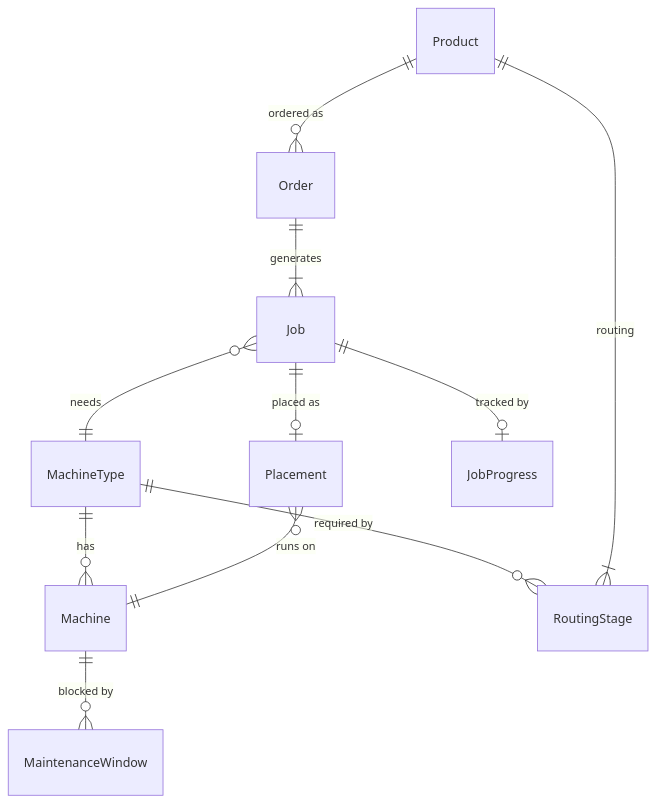
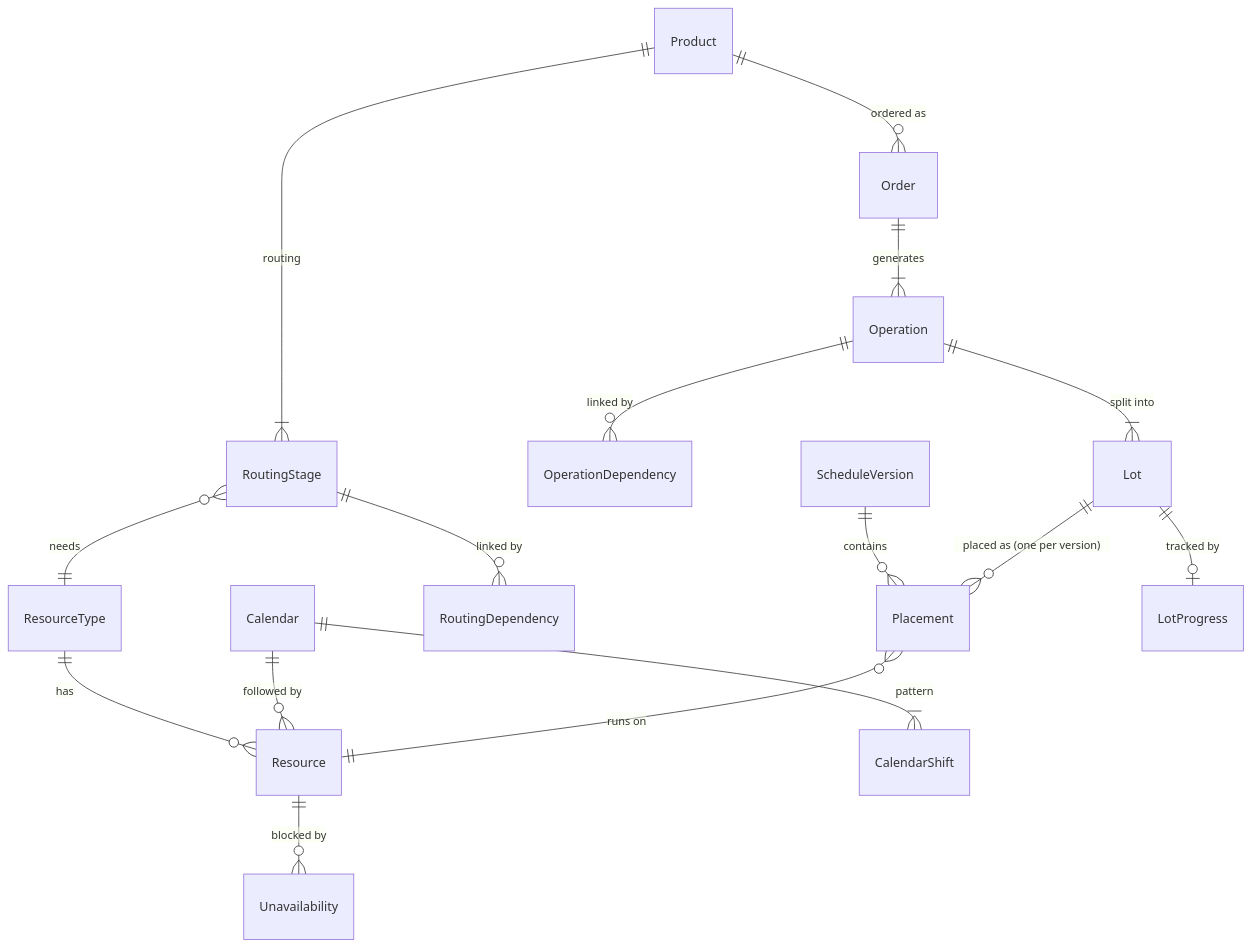
The diagram in documentation/domain-model.md (iamreallyacar/Scheduling), drawn with Mermaid before and after one commit. The commit also changed other lines of this file and 1 other file, not shown here.

Commit message:
Revise domain model: operations and lots, resources, unavailability, dependencies, schedule versions (D1-D3)

````diff
--- a/documentation/domain-model.md
+++ b/documentation/domain-model.md
@@ -61,13 +72,18 @@
 ```mermaid
 erDiagram
-    MachineType ||--o{ Machine : "has"
-    MachineType ||--o{ RoutingStage : "required by"
+    ResourceType ||--o{ Resource : "has"
+    Calendar ||--|{ CalendarShift : "pattern"
+    Calendar ||--o{ Resource : "followed by"
     Product ||--|{ RoutingStage : "routing"
+    RoutingStage }o--|| ResourceType : "needs"
+    RoutingStage ||--o{ RoutingDependency : "linked by"
     Product ||--o{ Order : "ordered as"
-    Order ||--|{ Job : "generates"
-    Job }o--|| MachineType : "needs"
-    Job ||--o| Placement : "placed as"
-    Placement }o--|| Machine : "runs on"
-    Machine ||--o{ MaintenanceWindow : "blocked by"
-    Job ||--o| JobProgress : "tracked by"
+    Order ||--|{ Operation : "generates"
+    Operation ||--o{ OperationDependency : "linked by"
+    Operation ||--|{ Lot : "split into"
+    ScheduleVersion ||--o{ Placement : "contains"
+    Lot ||--o{ Placement : "placed as (one per version)"
+    Placement }o--|| Resource : "runs on"
+    Resource ||--o{ Unavailability : "blocked by"
+    Lot ||--o| LotProgress : "tracked by"
 ```
````
